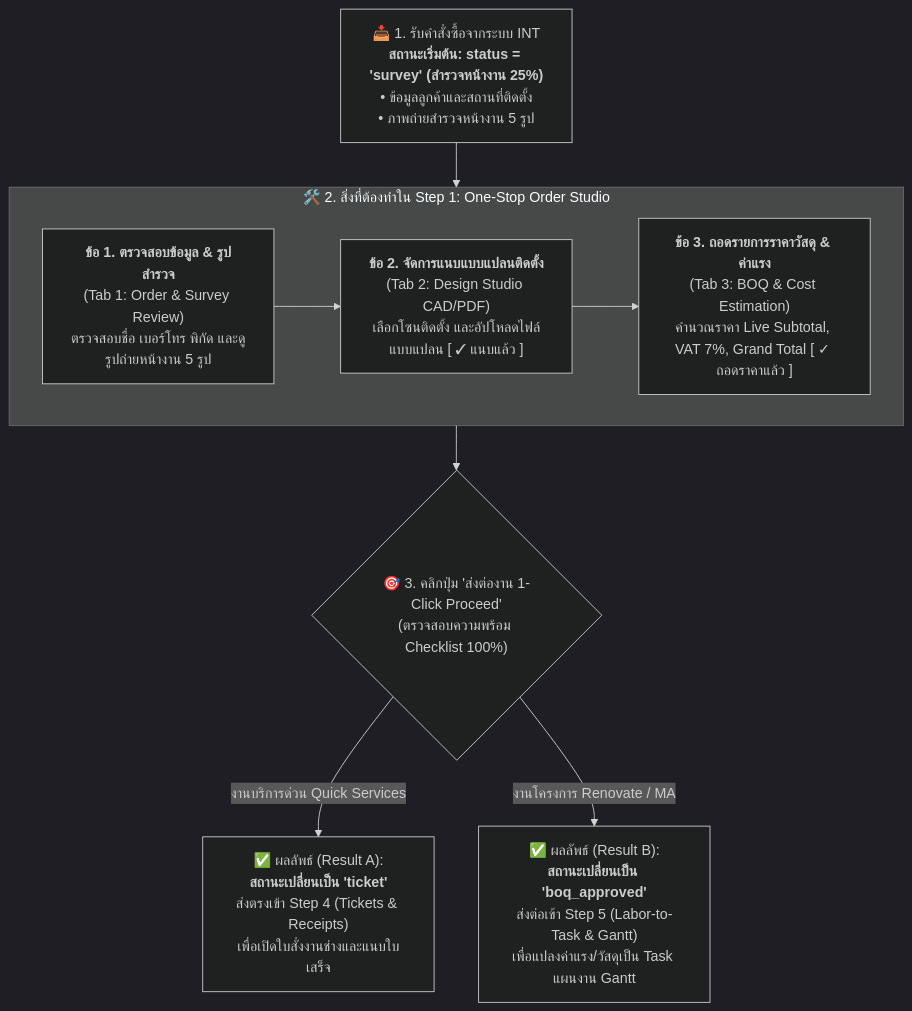
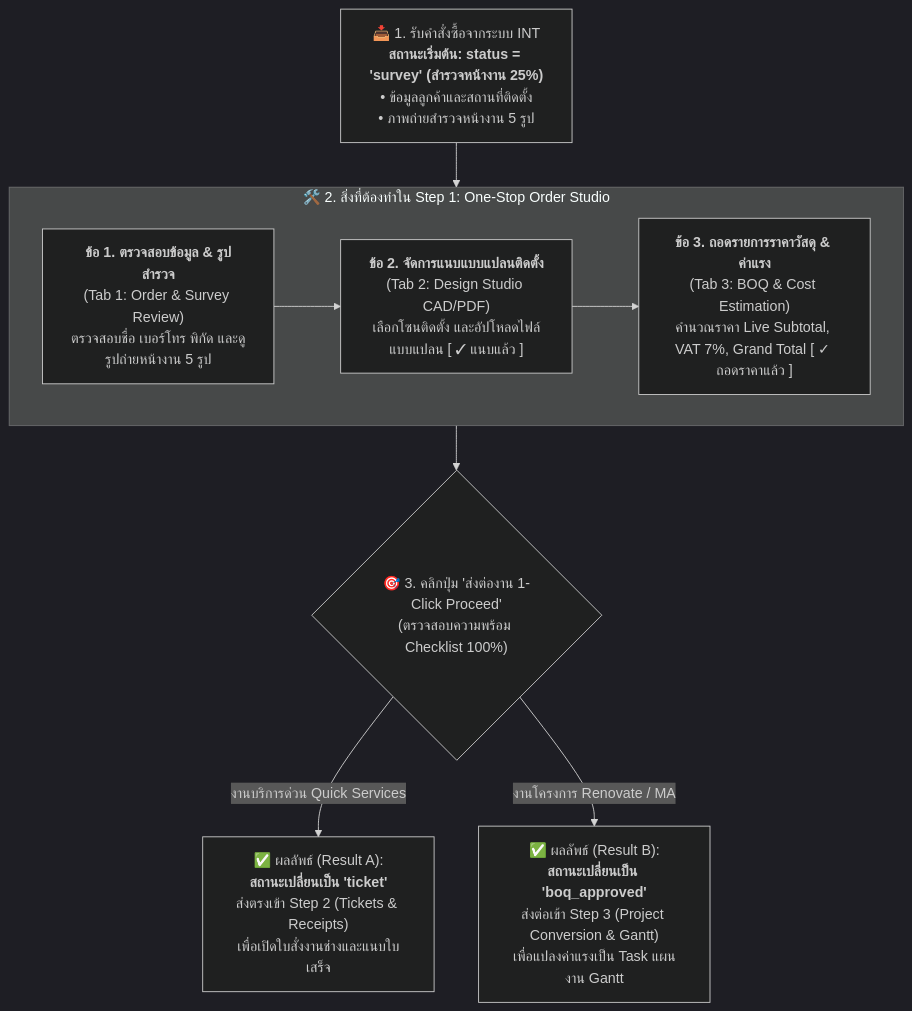
Before and after one commit to isarachootip/pmt_flow: the first of 3 diagrams in doc/คู่มือการใช้งาน_Step1_คิวงานรับคำสั่งซื้อใหม่.md, drawn with Mermaid (dark theme). The commit also changed other lines of this file and 4 other files, not shown here.

````diff
--- a/doc/คู่มือการใช้งาน_Step1_คิวงานรับคำสั่งซื้อใหม่.md
+++ b/doc/คู่มือการใช้งาน_Step1_คิวงานรับคำสั่งซื้อใหม่.md
@@ -13,19 +13,19 @@
 ```mermaid
 graph TD
     INT["📥 1. รับคำสั่งซื้อจากระบบ INT<br><b>สถานะเริ่มต้น: status = 'survey' (สำรวจหน้างาน 25%)</b><br>• ข้อมูลลูกค้าและสถานที่ติดตั้ง<br>• ภาพถ่ายสำรวจหน้างาน 5 รูป"]
     
     subgraph Step1["🛠️ 2. สิ่งที่ต้องทำใน Step 1: One-Stop Order Studio"]
         Act1["<b>ข้อ 1. ตรวจสอบข้อมูล & รูปสำรวจ</b><br>(Tab 1: Order & Survey Review)<br>ตรวจสอบชื่อ เบอร์โทร พิกัด และดูรูปถ่ายหน้างาน 5 รูป"]
         Act2["<b>ข้อ 2. จัดการแนบแบบแปลนติดตั้ง</b><br>(Tab 2: Design Studio CAD/PDF)<br>เลือกโซนติดตั้ง และอัปโหลดไฟล์แบบแปลน [ ✓ แนบแล้ว ]"]
         Act3["<b>ข้อ 3. ถอดรายการราคาวัสดุ & ค่าแรง</b><br>(Tab 3: BOQ & Cost Estimation)<br>คำนวณราคา Live Subtotal, VAT 7%, Grand Total [ ✓ ถอดราคาแล้ว ]"]
         
         Act1 --> Act2 --> Act3
     end
 
     INT --> Step1
 
     Step1 --> Decision{"🎯 3. คลิกปุ่ม 'ส่งต่องาน 1-Click Proceed'<br>(ตรวจสอบความพร้อม Checklist 100%)"}
 
-    Decision -->|งานบริการด่วน Quick Services| Res1["✅ ผลลัพธ์ (Result A):<br><b>สถานะเปลี่ยนเป็น 'ticket'</b><br>ส่งตรงเข้า Step 4 (Tickets & Receipts)<br>เพื่อเปิดใบสั่งงานช่างและแนบใบเสร็จ"]
-    Decision -->|งานโครงการ Renovate / MA| Res2["✅ ผลลัพธ์ (Result B):<br><b>สถานะเปลี่ยนเป็น 'boq_approved'</b><br>ส่งต่อเข้า Step 5 (Labor-to-Task & Gantt)<br>เพื่อแปลงค่าแรง/วัสดุเป็น Task แผนงาน Gantt"]
+    Decision -->|งานบริการด่วน Quick Services| Res1["✅ ผลลัพธ์ (Result A):<br><b>สถานะเปลี่ยนเป็น 'ticket'</b><br>ส่งตรงเข้า Step 2 (Tickets & Receipts)<br>เพื่อเปิดใบสั่งงานช่างและแนบใบเสร็จ"]
+    Decision -->|งานโครงการ Renovate / MA| Res2["✅ ผลลัพธ์ (Result B):<br><b>สถานะเปลี่ยนเป็น 'boq_approved'</b><br>ส่งต่อเข้า Step 3 (Project Conversion & Gantt)<br>เพื่อแปลงค่าแรงเป็น Task แผนงาน Gantt"]
 ```
````
